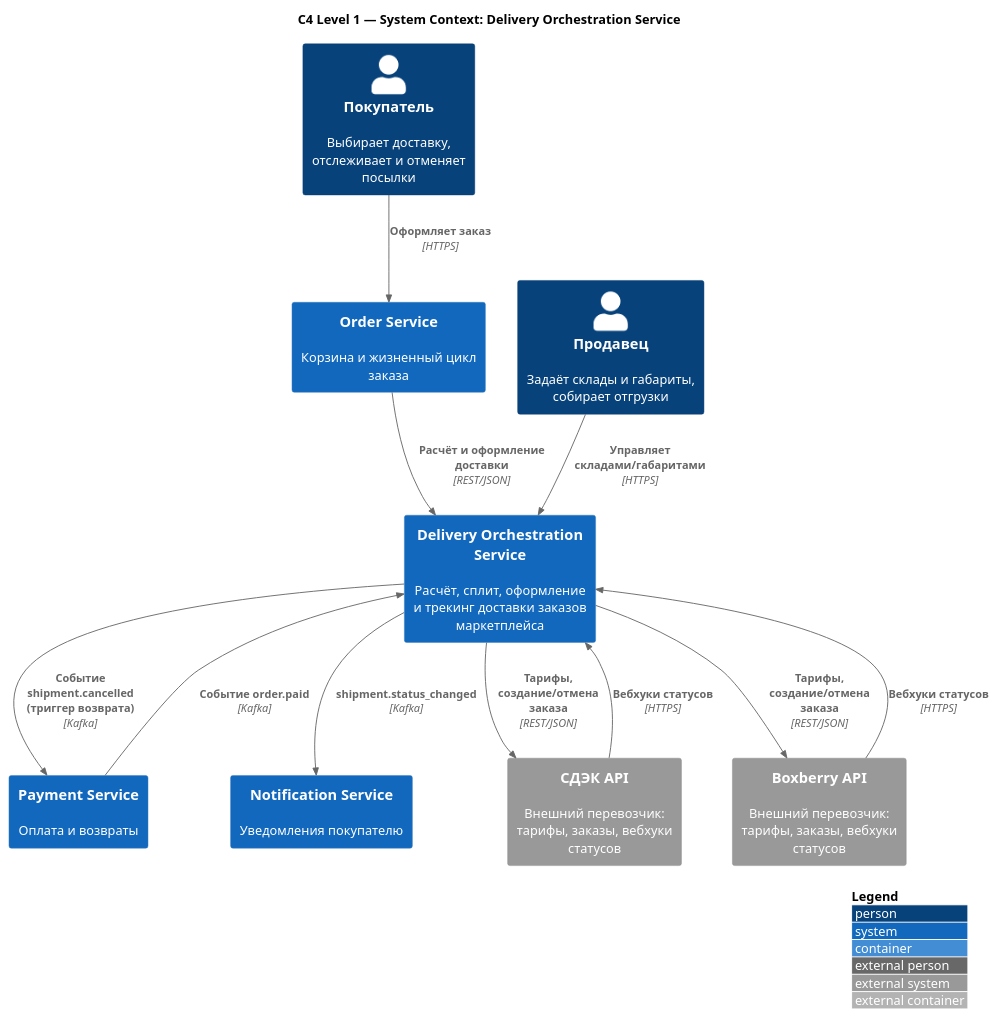
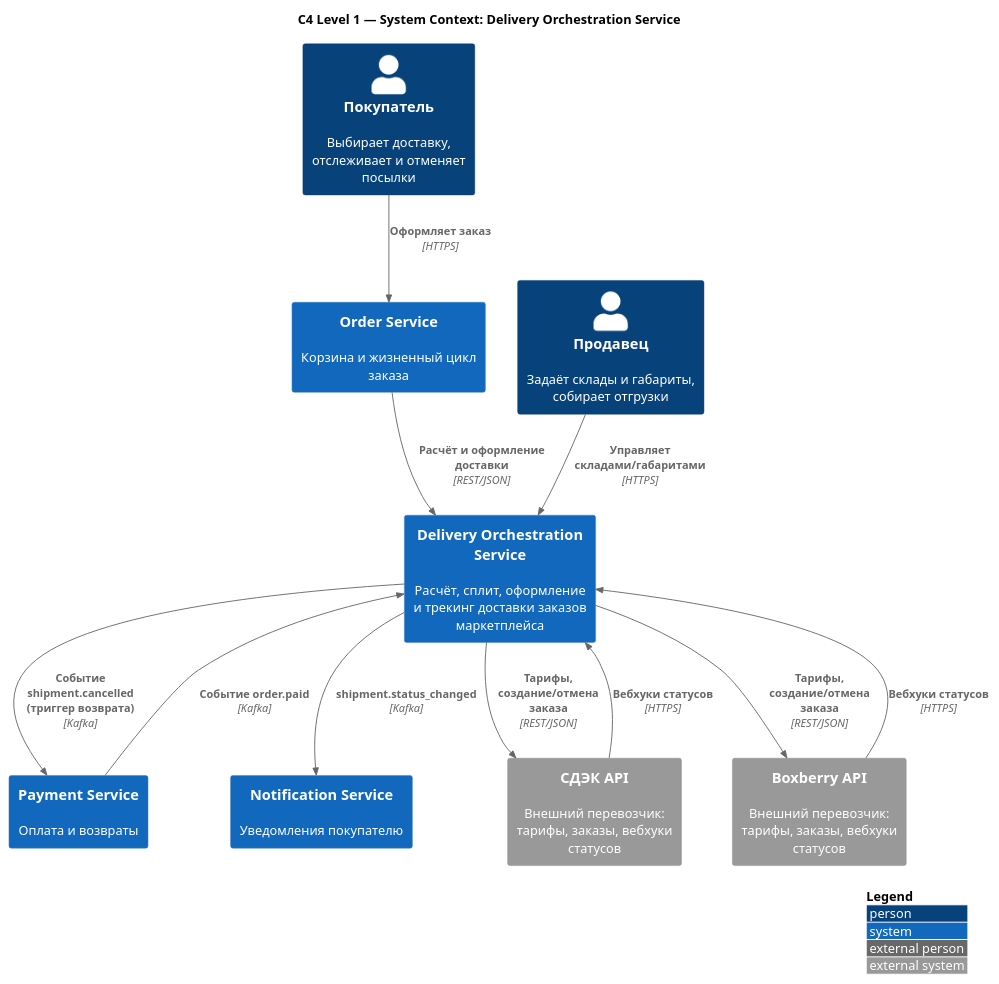
Before and after one commit to mak964-afk/delivery-orchestration-service: the first of 2 diagrams in diagrams/c4_model.puml, drawn with PlantUML.

Commit message:
Remove C4_Container.puml inclusion
Removed the inclusion of C4_Container.puml from the diagram.

```diff
--- a/diagrams/c4_model.puml
+++ b/diagrams/c4_model.puml
@@ -1,40 +1,39 @@
 @startuml c4_delivery
 ' =====================================================================
 '  Модель C4 (уровни Context и Container) для DOS.
 '  Использует библиотеку C4-PlantUML. При оффлайн-рендере замените URL
 '  на локальные копии C4_Context.puml / C4_Container.puml.
 ' =====================================================================
 !include https://raw.githubusercontent.com/plantuml-stdlib/C4-PlantUML/master/C4_Context.puml
-!include https://raw.githubusercontent.com/plantuml-stdlib/C4-PlantUML/master/C4_Container.puml
 
 LAYOUT_WITH_LEGEND()
 
 ' =====================================================================
 '  УРОВЕНЬ 1 — SYSTEM CONTEXT
 ' =====================================================================
 title C4 Level 1 — System Context: Delivery Orchestration Service
 
 Person(customer, "Покупатель", "Выбирает доставку, отслеживает и отменяет посылки")
 Person(merchant, "Продавец", "Задаёт склады и габариты, собирает отгрузки")
 
 System(dos, "Delivery Orchestration Service", "Расчёт, сплит, оформление и трекинг доставки заказов маркетплейса")
 
 System(order, "Order Service", "Корзина и жизненный цикл заказа")
 System(payment, "Payment Service", "Оплата и возвраты")
 System(notification, "Notification Service", "Уведомления покупателю")
 
 System_Ext(cdek, "СДЭК API", "Внешний перевозчик: тарифы, заказы, вебхуки статусов")
 System_Ext(boxberry, "Boxberry API", "Внешний перевозчик: тарифы, заказы, вебхуки статусов")
 
 Rel(customer, order, "Оформляет заказ", "HTTPS")
 Rel(merchant, dos, "Управляет складами/габаритами", "HTTPS")
 Rel(order, dos, "Расчёт и оформление доставки", "REST/JSON")
 Rel(payment, dos, "Событие order.paid", "Kafka")
 Rel(dos, payment, "Событие shipment.cancelled (триггер возврата)", "Kafka")
 Rel(dos, notification, "shipment.status_changed", "Kafka")
 Rel(dos, cdek, "Тарифы, создание/отмена заказа", "REST/JSON")
 Rel(dos, boxberry, "Тарифы, создание/отмена заказа", "REST/JSON")
 Rel(cdek, dos, "Вебхуки статусов", "HTTPS")
 Rel(boxberry, dos, "Вебхуки статусов", "HTTPS")
 
 @enduml
```
